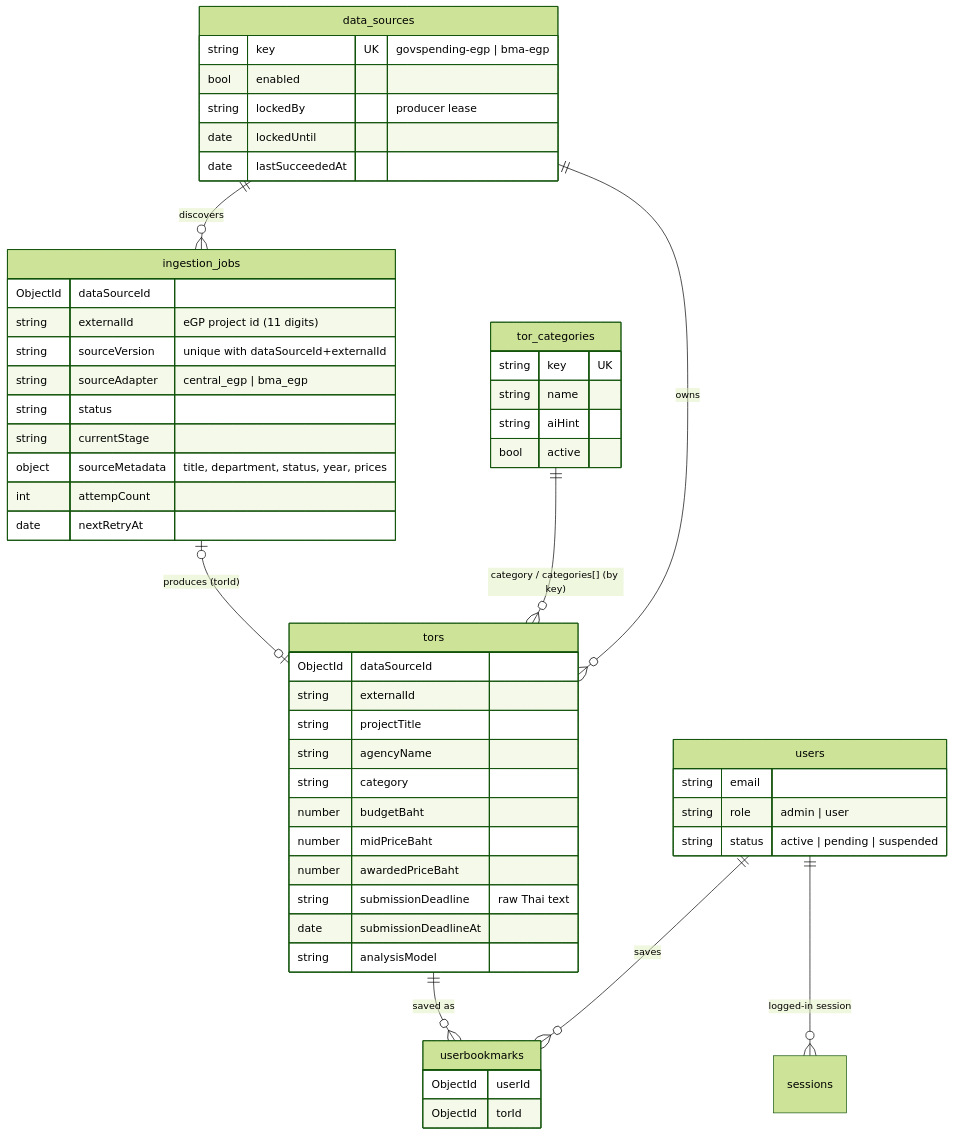
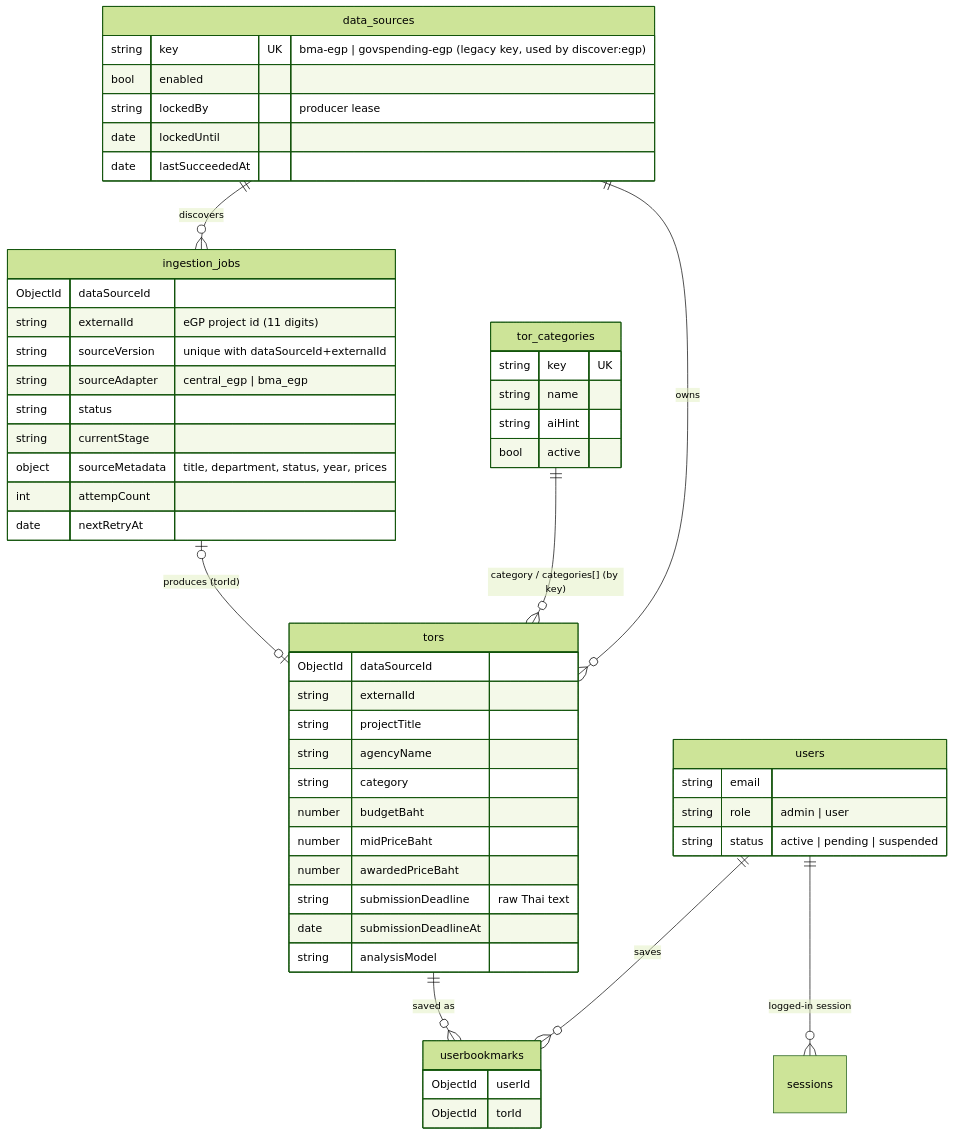
The fifth of 5 diagrams in docs/system-architecture.md (Doggo-CSP/TORPulse), drawn with Mermaid (forest theme) before and after one commit. The commit also changed other lines of this file and 24 other files, not shown here.

````diff
--- a/docs/system-architecture.md
+++ b/docs/system-architecture.md
@@ -160,57 +150,57 @@
 ```mermaid
 erDiagram
   data_sources ||--o{ ingestion_jobs : "discovers"
   data_sources ||--o{ tors : "owns"
   ingestion_jobs |o--o| tors : "produces (torId)"
   tor_categories ||--o{ tors : "category / categories[] (by key)"
   users ||--o{ userbookmarks : "saves"
   tors ||--o{ userbookmarks : "saved as"
   users ||--o{ sessions : "logged-in session"
 
   data_sources {
-    string key UK "govspending-egp | bma-egp"
+    string key UK "bma-egp | govspending-egp (legacy key, used by discover:egp)"
     bool enabled
     string lockedBy "producer lease"
     date lockedUntil
     date lastSucceededAt
   }
   ingestion_jobs {
     ObjectId dataSourceId
     string externalId "eGP project id (11 digits)"
     string sourceVersion "unique with dataSourceId+externalId"
     string sourceAdapter "central_egp | bma_egp"
     string status
     string currentStage
     object sourceMetadata "title, department, status, year, prices"
     int attempCount
     date nextRetryAt
   }
   tors {
     ObjectId dataSourceId
     string externalId
     string projectTitle
     string agencyName
     string category
     number budgetBaht
     number midPriceBaht
     number awardedPriceBaht
     string submissionDeadline "raw Thai text"
     date submissionDeadlineAt
     string analysisModel
   }
   tor_categories {
     string key UK
     string name
     string aiHint
     bool active
   }
   users {
     string email
     string role "admin | user"
     string status "active | pending | suspended"
   }
   userbookmarks {
     ObjectId userId
     ObjectId torId
   }
 ```
````
